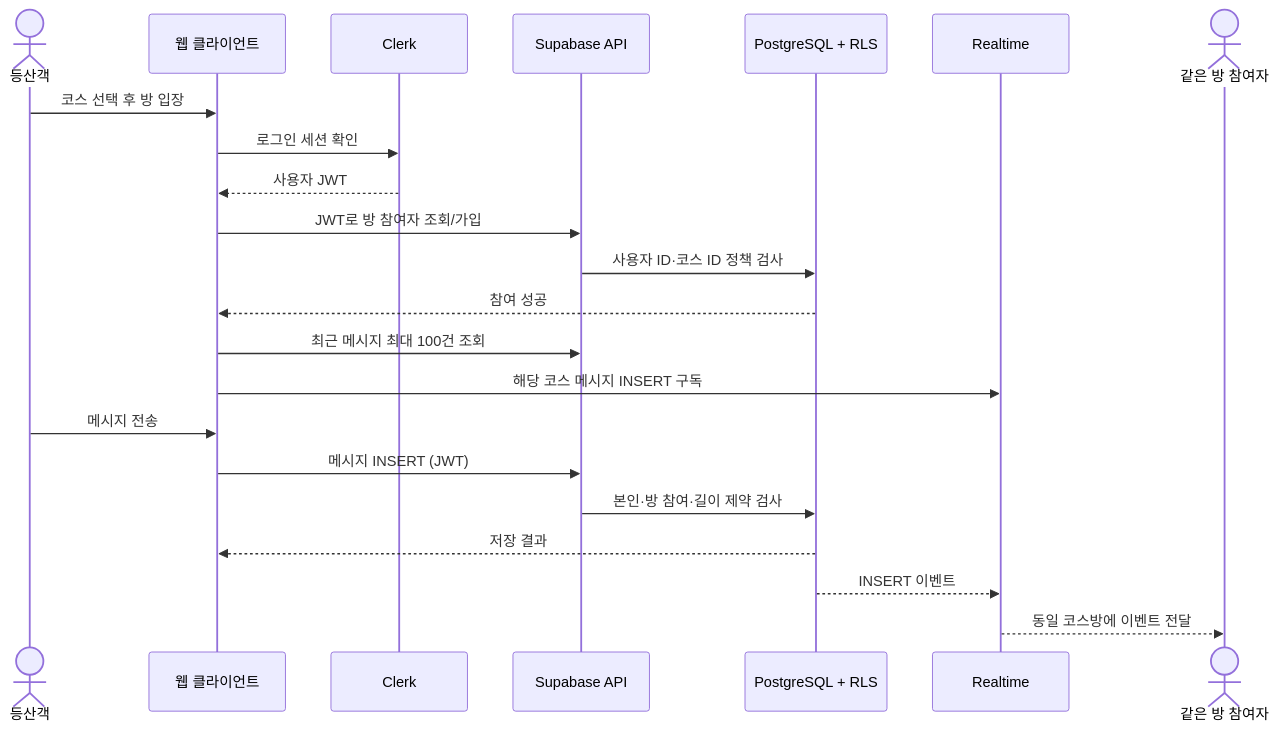
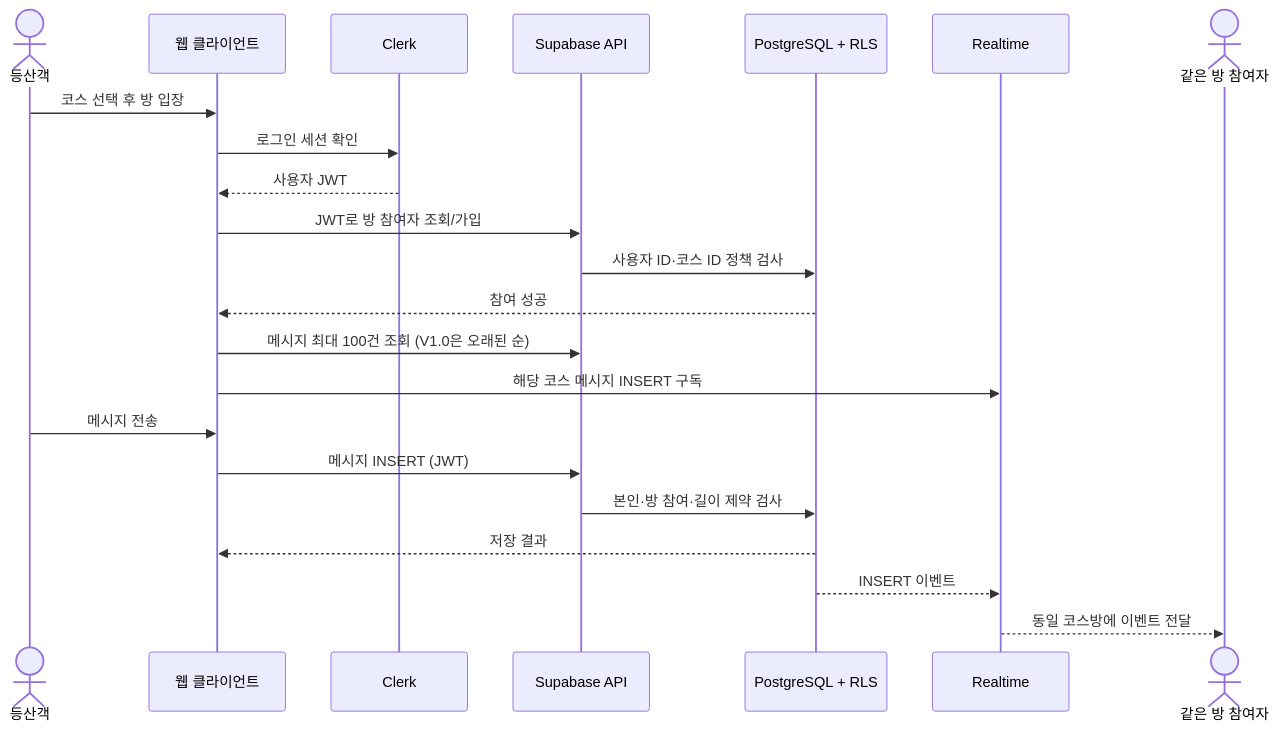
Before and after one commit to seungbo7523/-NO.1: the third of 4 diagrams in TRD.md, drawn with Mermaid. The commit also changed other lines of this file and 1 other file, not shown here.

Commit message:
Clarify V1.0 chat history behavior in TRD
Document that ascending order with a 100-row limit fetches the oldest messages, not the latest.

````diff
--- a/TRD.md
+++ b/TRD.md
@@ -156,25 +156,25 @@
 ```mermaid
 sequenceDiagram
     actor H as 등산객
     participant W as 웹 클라이언트
     participant C as Clerk
     participant S as Supabase API
     participant D as PostgreSQL + RLS
     participant R as Realtime
     actor M as 같은 방 참여자
 
     H->>W: 코스 선택 후 방 입장
     W->>C: 로그인 세션 확인
     C-->>W: 사용자 JWT
     W->>S: JWT로 방 참여자 조회/가입
     S->>D: 사용자 ID·코스 ID 정책 검사
     D-->>W: 참여 성공
-    W->>S: 최근 메시지 최대 100건 조회
+    W->>S: 메시지 최대 100건 조회 (V1.0은 오래된 순)
     W->>R: 해당 코스 메시지 INSERT 구독
     H->>W: 메시지 전송
     W->>S: 메시지 INSERT (JWT)
     S->>D: 본인·방 참여·길이 제약 검사
     D-->>W: 저장 결과
     D-->>R: INSERT 이벤트
     R-->>M: 동일 코스방에 이벤트 전달
 ```
````
